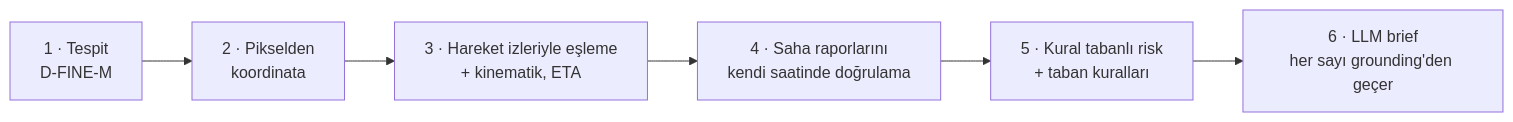
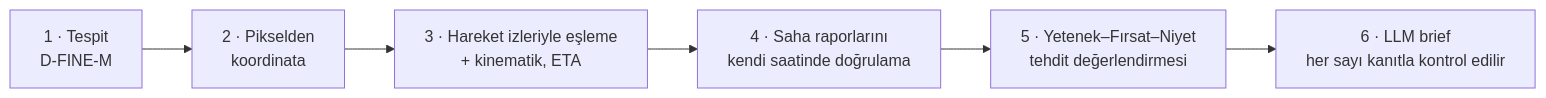
One commit to BeratAltunn/sungur changed the diagram in README.md. Above: the diagram before and after it, drawn with Mermaid. The commit also changed other lines of this file and 420 other files, not shown here.

````diff
--- a/README.md
+++ b/README.md
@@ -7,8 +14,8 @@
 ```mermaid
 flowchart LR
   A[1 · Tespit<br/>D-FINE-M] --> B[2 · Pikselden<br/>koordinata]
   B --> C[3 · Hareket izleriyle eşleme<br/>+ kinematik, ETA]
   C --> D[4 · Saha raporlarını<br/>kendi saatinde doğrulama]
-  D --> E[5 · Kural tabanlı risk<br/>+ taban kuralları]
-  E --> F[6 · LLM brief<br/>her sayı grounding'den geçer]
+  D --> E[5 · Yetenek–Fırsat–Niyet<br/>tehdit değerlendirmesi]
+  E --> F[6 · LLM brief<br/>her sayı kanıtla kontrol edilir]
 ```
````
